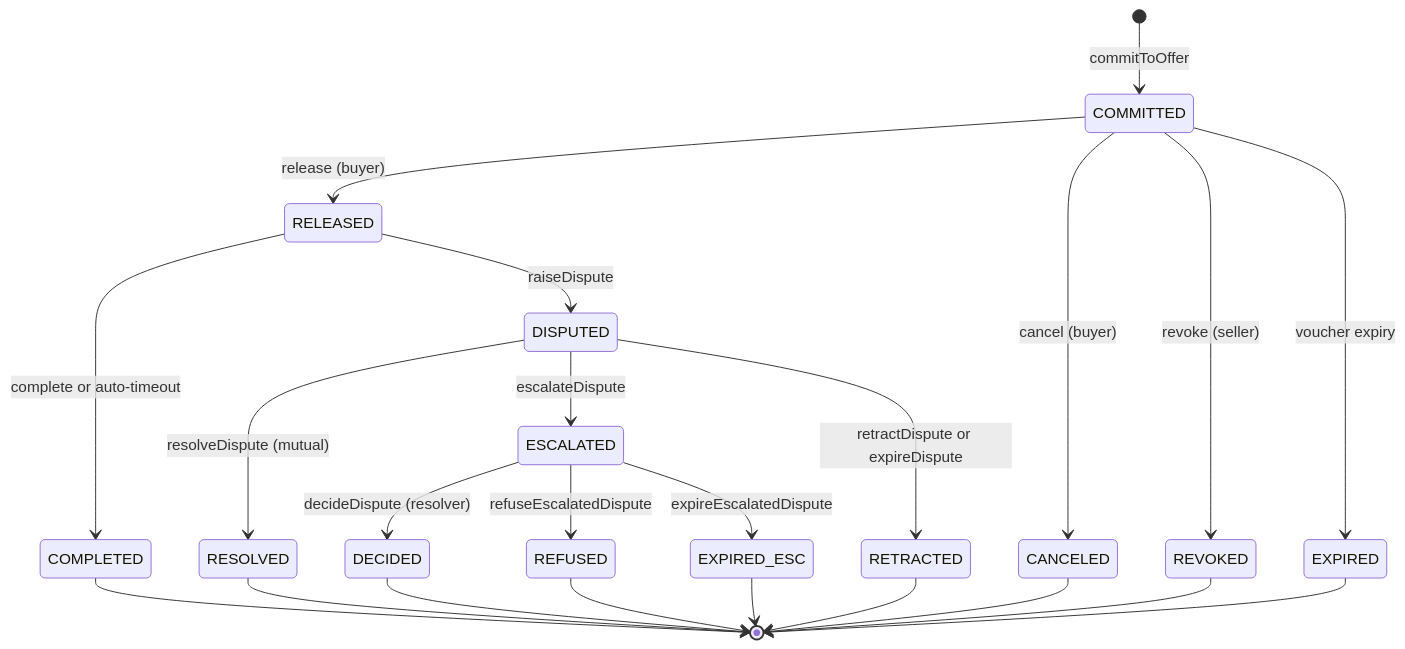
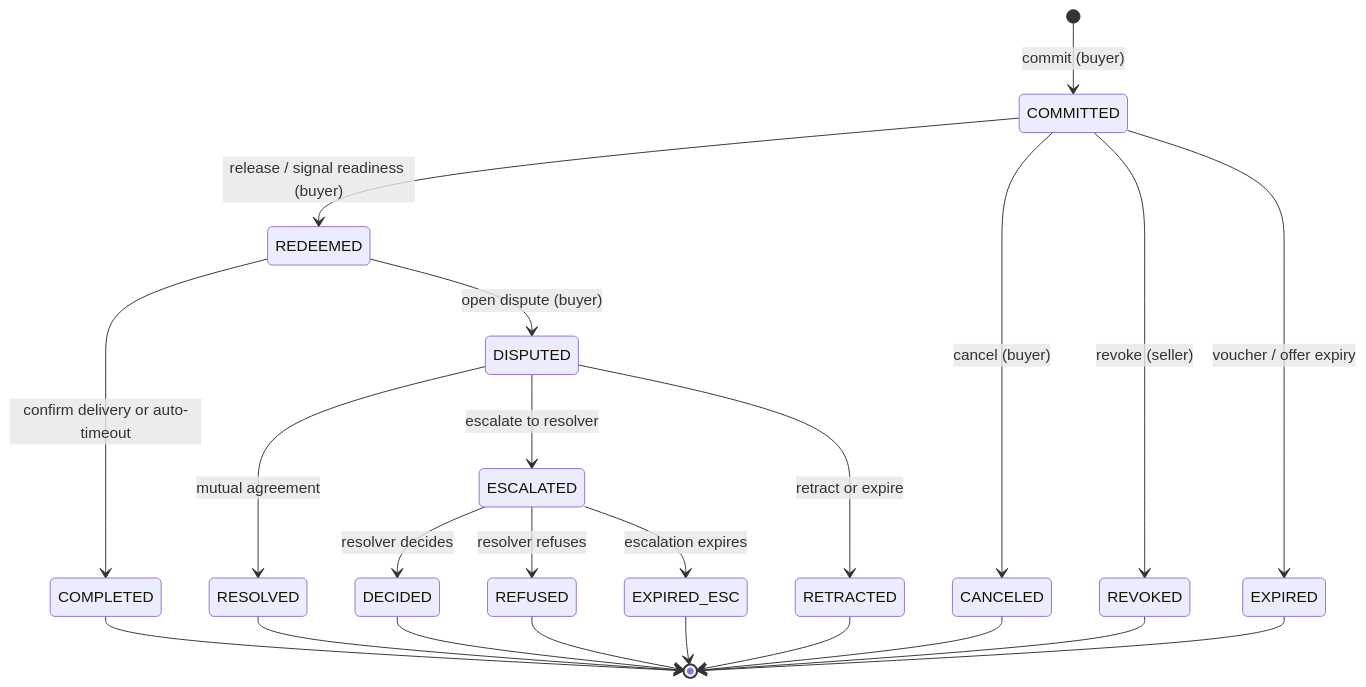
The first of 2 diagrams in 04-state-machine-and-next-actions.md (bosonprotocol/x402-escrow-schema), drawn with Mermaid before and after one commit. The commit also changed other lines of this file and 1 other file, not shown here.

Commit message:
generalize flows and state machines

````diff
--- a/04-state-machine-and-next-actions.md
+++ b/04-state-machine-and-next-actions.md
@@ -16,25 +33,25 @@
 ```mermaid
 stateDiagram-v2
-    [*] --> COMMITTED: commitToOffer
-    COMMITTED --> RELEASED: release (buyer)
+    [*] --> COMMITTED: commit (buyer)
+    COMMITTED --> REDEEMED: release / signal readiness (buyer)
     COMMITTED --> CANCELED: cancel (buyer)
     COMMITTED --> REVOKED: revoke (seller)
-    COMMITTED --> EXPIRED: voucher expiry
-    RELEASED --> COMPLETED: complete or auto-timeout
-    RELEASED --> DISPUTED: raiseDispute
-    DISPUTED --> RESOLVED: resolveDispute (mutual)
-    DISPUTED --> ESCALATED: escalateDispute
-    DISPUTED --> RETRACTED: retractDispute or expireDispute
-    ESCALATED --> DECIDED: decideDispute (resolver)
-    ESCALATED --> REFUSED: refuseEscalatedDispute
-    ESCALATED --> EXPIRED_ESC: expireEscalatedDispute
+    COMMITTED --> EXPIRED: voucher / offer expiry
+    REDEEMED --> COMPLETED: confirm delivery or auto-timeout
+    REDEEMED --> DISPUTED: open dispute (buyer)
+    DISPUTED --> RESOLVED: mutual agreement
+    DISPUTED --> ESCALATED: escalate to resolver
+    DISPUTED --> RETRACTED: retract or expire
+    ESCALATED --> DECIDED: resolver decides
+    ESCALATED --> REFUSED: resolver refuses
+    ESCALATED --> EXPIRED_ESC: escalation expires
     COMPLETED --> [*]
     CANCELED --> [*]
     REVOKED --> [*]
     EXPIRED --> [*]
     RESOLVED --> [*]
     DECIDED --> [*]
     REFUSED --> [*]
     EXPIRED_ESC --> [*]
     RETRACTED --> [*]
 ```
````
